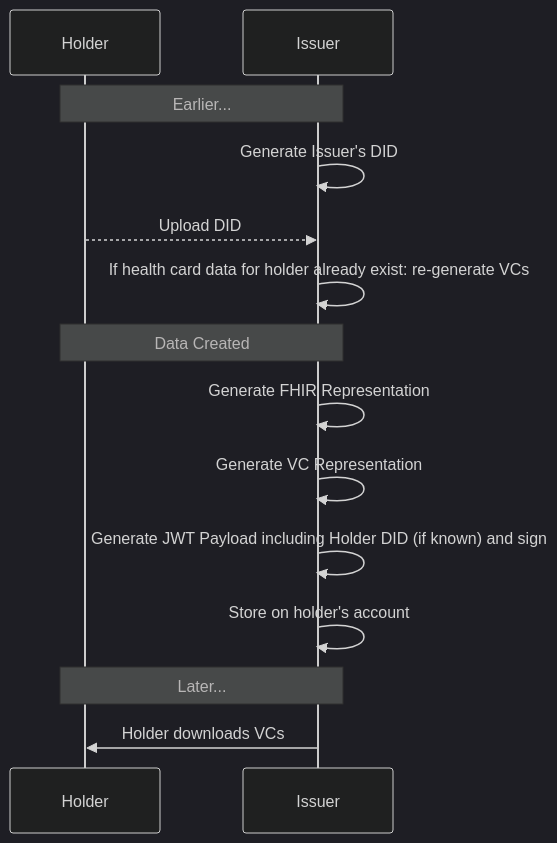
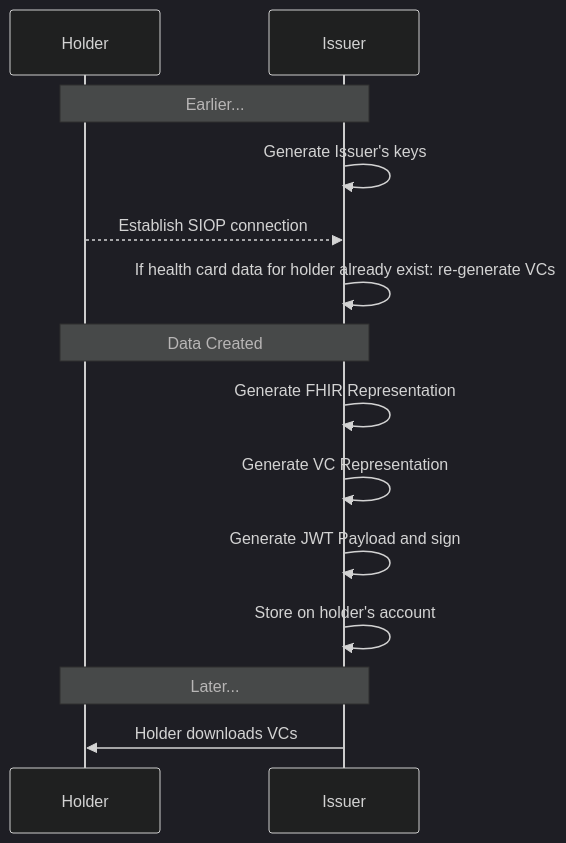
The second of 4 diagrams in docs/index.md (smart-on-fhir/health-cards), drawn with Mermaid (dark theme) before and after one commit. The commit also changed other lines of this file, not shown here.

````diff
--- a/docs/index.md
+++ b/docs/index.md
@@ -401,19 +341,19 @@
 ```mermaid
 sequenceDiagram
 participant Holder
 participant Issuer
 
 note over Holder, Issuer: Earlier...
-Issuer ->> Issuer: Generate Issuer's DID
-Holder -->> Issuer:  Upload DID
+Issuer ->> Issuer: Generate Issuer's keys
+Holder -->> Issuer:  Establish SIOP connection
 Issuer ->> Issuer: If health card data for holder already exist: re-generate VCs
 
 note over Issuer, Holder: Data Created
 Issuer ->> Issuer: Generate FHIR Representation
 Issuer ->> Issuer: Generate VC Representation
-Issuer ->> Issuer: Generate JWT Payload including Holder DID (if known) and sign
+Issuer ->> Issuer: Generate JWT Payload and sign
 Issuer ->> Issuer: Store on holder's account
 
 note over Issuer, Holder: Later...
 Issuer ->> Holder: Holder downloads VCs
 ```
````
